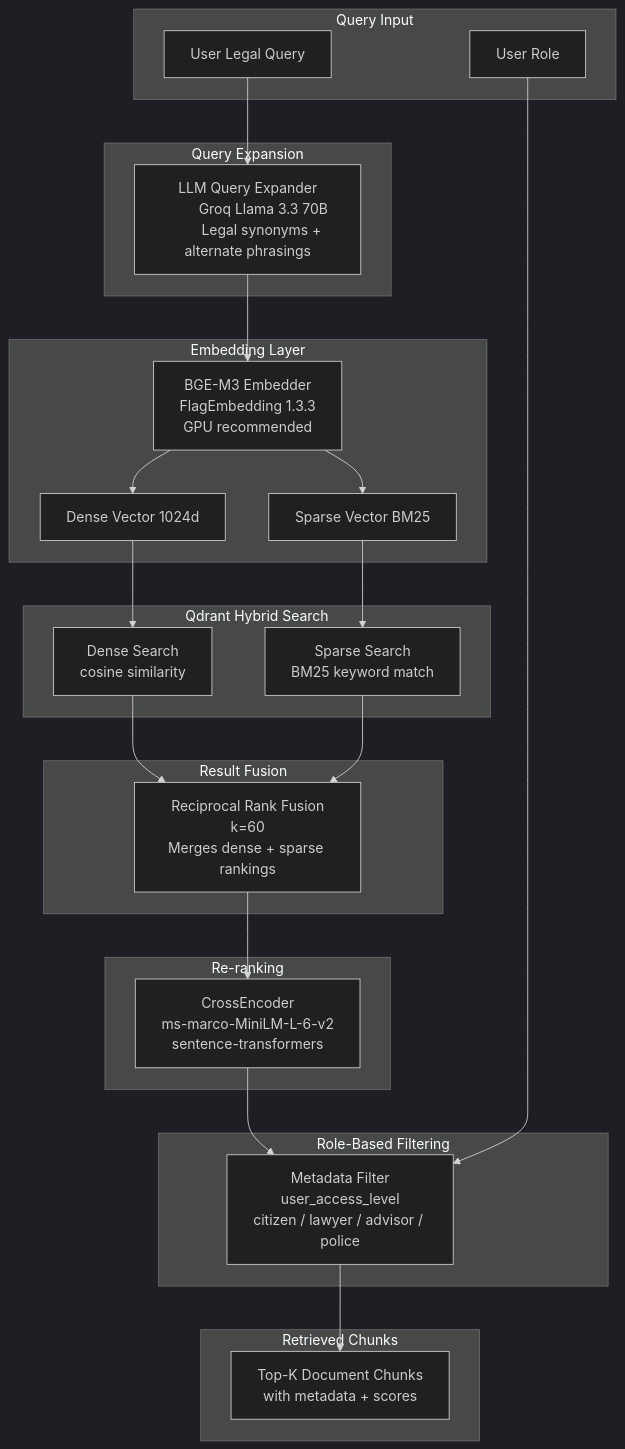
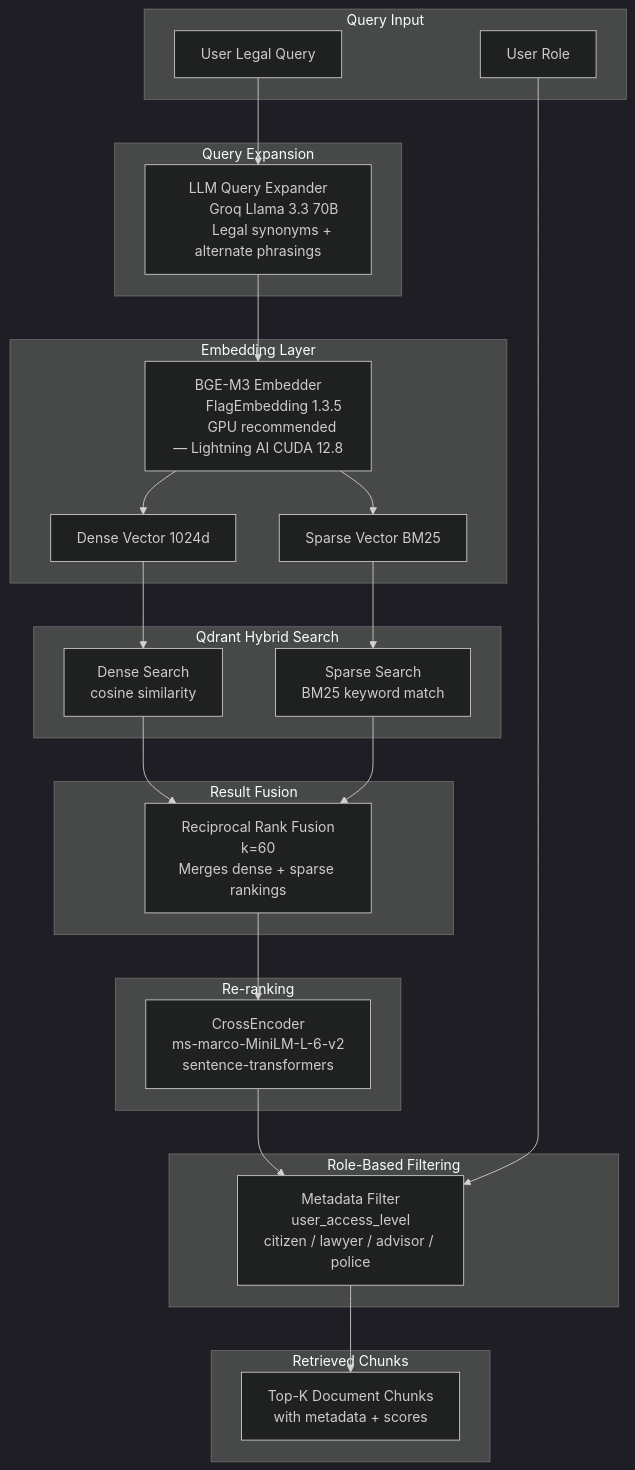
One commit to SachinASIET26/Neethi changed the first of 2 diagrams in docs/architecture/03_rag_pipeline.md. Above: the diagram before and after it, drawn with Mermaid (dark theme). The commit also changed other lines of this file and 12 other files, not shown here.

````diff
--- a/docs/architecture/03_rag_pipeline.md
+++ b/docs/architecture/03_rag_pipeline.md
@@ -7,55 +7,55 @@
 ```mermaid
 graph TD
     subgraph INPUT["Query Input"]
         Q[User Legal Query]
         ROLE[User Role]
     end
 
     subgraph EXPANSION["Query Expansion"]
         QE[LLM Query Expander
         Groq Llama 3.3 70B
         Legal synonyms + alternate phrasings]
     end
 
     subgraph EMBED["Embedding Layer"]
         BGE[BGE-M3 Embedder
-        FlagEmbedding 1.3.3
-        GPU recommended]
+        FlagEmbedding 1.3.5
+        GPU recommended — Lightning AI CUDA 12.8]
         DENSE[Dense Vector 1024d]
         SPARSE[Sparse Vector BM25]
         BGE --> DENSE
         BGE --> SPARSE
     end
 
     subgraph SEARCH["Qdrant Hybrid Search"]
         DS[Dense Search\ncosine similarity]
         SS[Sparse Search\nBM25 keyword match]
         DENSE --> DS
         SPARSE --> SS
     end
 
     subgraph FUSION["Result Fusion"]
         RRF[Reciprocal Rank Fusion\nk=60\nMerges dense + sparse rankings]
         DS --> RRF
         SS --> RRF
     end
 
     subgraph RERANK["Re-ranking"]
         CE[CrossEncoder\nms-marco-MiniLM-L-6-v2\nsentence-transformers]
         RRF --> CE
     end
 
     subgraph FILTER["Role-Based Filtering"]
         RF[Metadata Filter\nuser_access_level\ncitizen / lawyer / advisor / police]
         CE --> RF
     end
 
     subgraph OUTPUT["Retrieved Chunks"]
         TOP[Top-K Document Chunks\nwith metadata + scores]
         RF --> TOP
     end
 
     Q --> QE
     QE --> BGE
     ROLE --> RF
 ```
````
